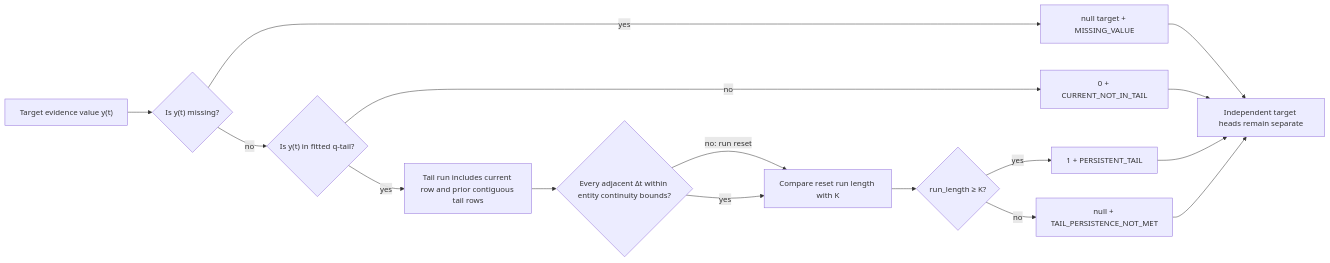
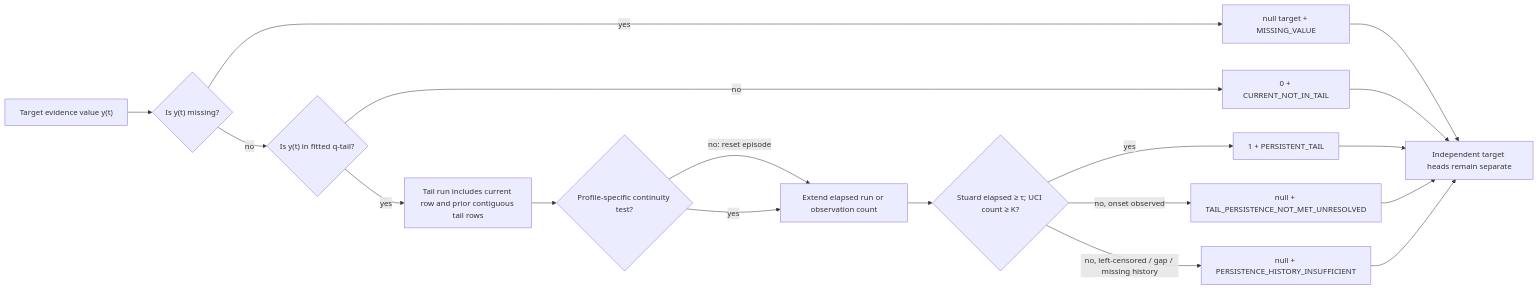
Before and after one commit to lawnguyenit/AgriFusion-IoT: the second of 2 diagrams in Backend/Benchmark/external_labels/FLOW.md, drawn with Mermaid. The commit also changed other lines of this file and 67 other files, not shown here.

````diff
--- a/Backend/Benchmark/external_labels/FLOW.md
+++ b/Backend/Benchmark/external_labels/FLOW.md
@@ -48,18 +58,20 @@
 ```mermaid
 flowchart LR
     V["Target evidence value y(t)"] --> MISS{"Is y(t) missing?"}
     MISS -->|"yes"| UNM["null target + MISSING_VALUE"]
     MISS -->|"no"| Q{"Is y(t) in fitted q-tail?"}
     Q -->|"no"| ZERO["0 + CURRENT_NOT_IN_TAIL"]
     Q -->|"yes"| RUN["Tail run includes current row and prior contiguous tail rows"]
-    RUN --> GAP{"Every adjacent Δt within entity continuity bounds?"}
-    GAP -->|"no: run reset"| KTEST["Compare reset run length with K"]
-    GAP -->|"yes"| KTEST
-    KTEST --> PASS{"run_length ≥ K?"}
+    RUN --> GAP{"Profile-specific continuity test?"}
+    GAP -->|"no: reset episode"| KTEST["Start new candidate episode"]
+    GAP -->|"yes"| KTEST["Extend elapsed run or observation count"]
+    KTEST --> PASS{"Stuard elapsed ≥ τ; UCI count ≥ K?"}
     PASS -->|"yes"| ONE["1 + PERSISTENT_TAIL"]
-    PASS -->|"no"| UNP["null + TAIL_PERSISTENCE_NOT_MET"]
+    PASS -->|"no, onset observed"| UN2["null + TAIL_PERSISTENCE_NOT_MET_UNRESOLVED"]
+    PASS -->|"no, left-censored / gap / missing history"| UNP["null + PERSISTENCE_HISTORY_INSUFFICIENT"]
     ZERO --> JOIN["Independent target heads remain separate"]
     ONE --> JOIN
+    UN2 --> JOIN
     UNM --> JOIN
     UNP --> JOIN
 ```
````
